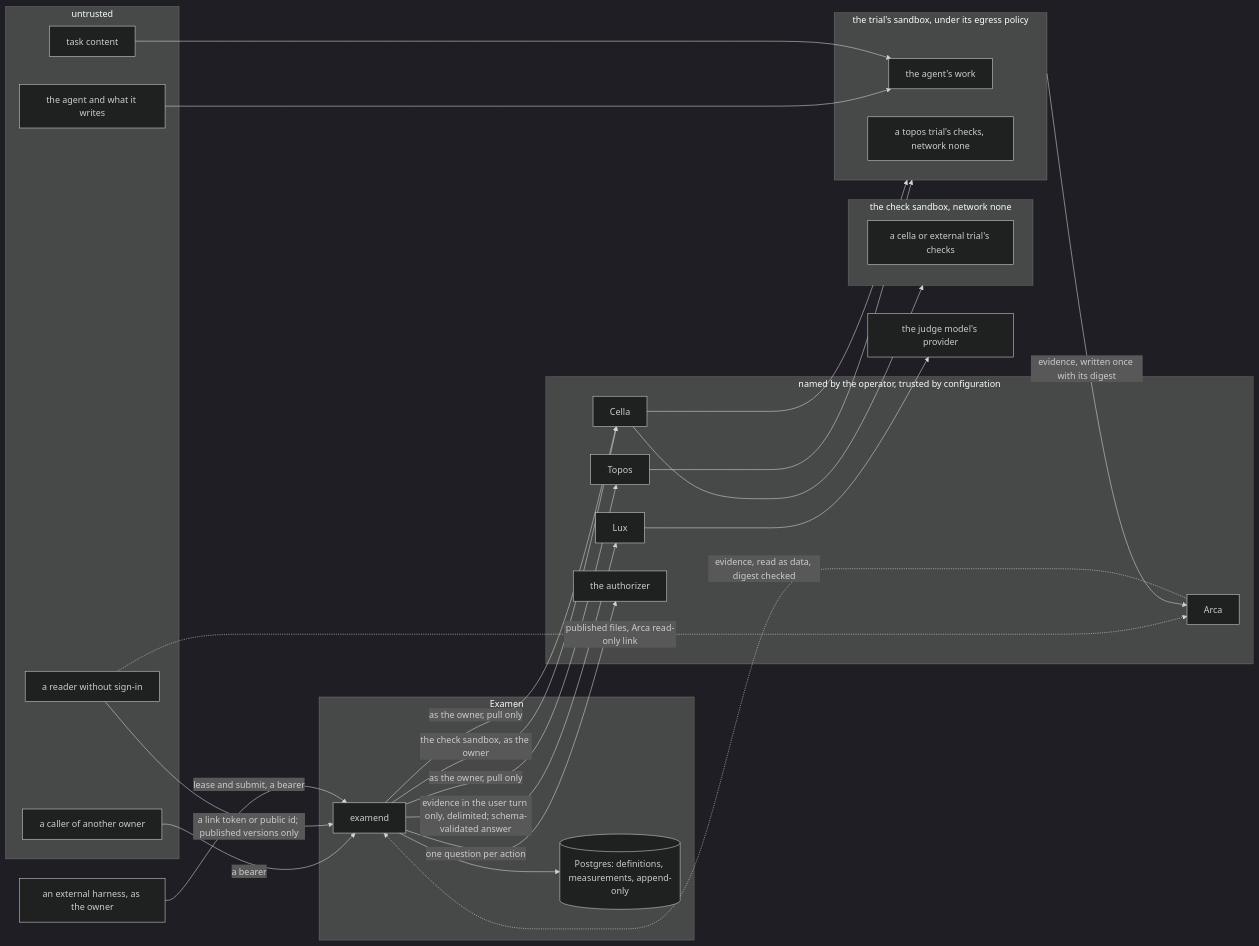
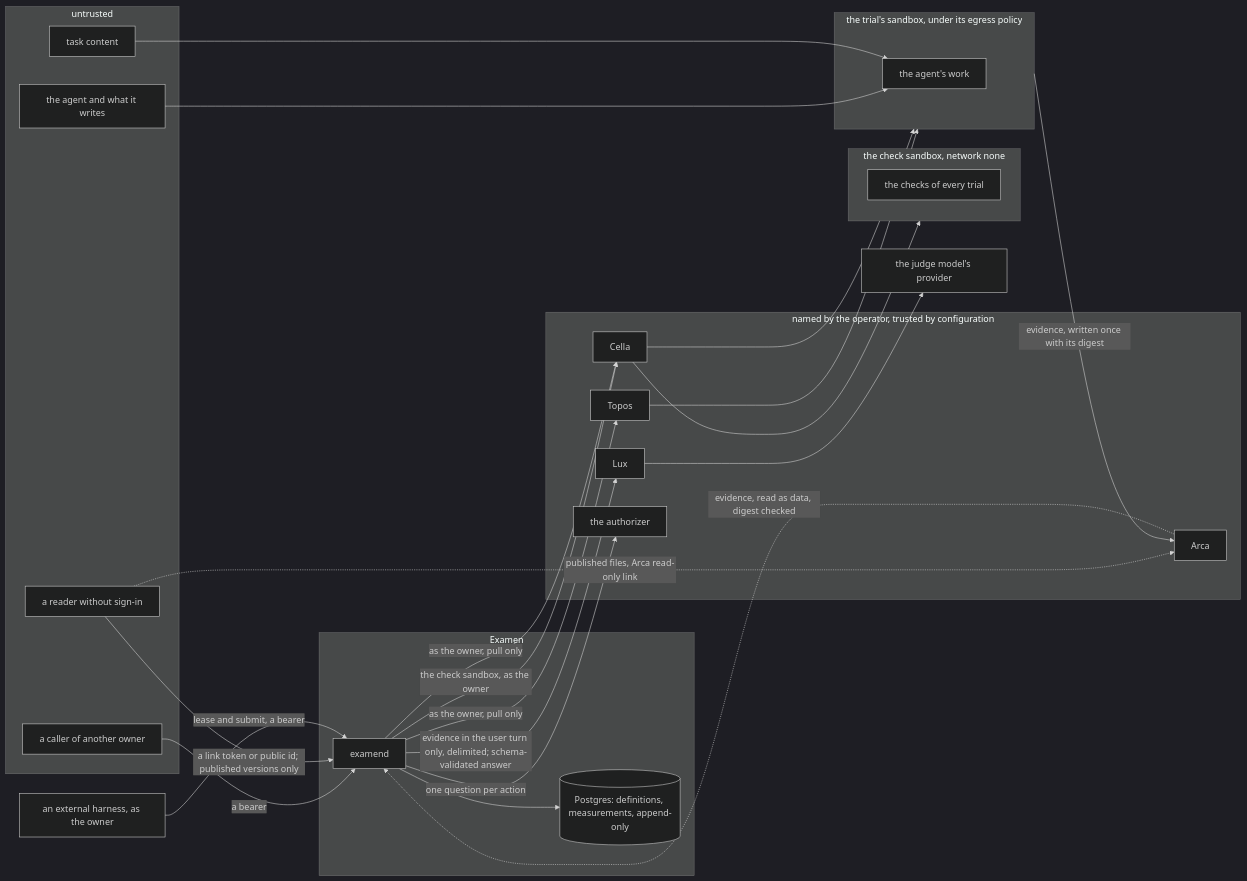
The diagram in specs/012-security-and-threat-model.md (latere-ai/examen), drawn with Mermaid (dark theme) before and after one commit. The commit also changed other lines of this file and 1 other file, not shown here.

````diff
--- a/specs/012-security-and-threat-model.md
+++ b/specs/012-security-and-threat-model.md
@@ -74,47 +74,46 @@
 ```mermaid
 flowchart LR
   subgraph untrusted["untrusted"]
     caller["a caller of another owner"]
     reader["a reader without sign-in"]
     agent["the agent and what it writes"]
     content["task content"]
   end
   subgraph machine["the trial's sandbox, under its egress policy"]
     run["the agent's work"]
-    checks["a topos trial's checks, network none"]
   end
   subgraph checkbox["the check sandbox, network none"]
-    cchecks["a cella or external trial's checks"]
+    cchecks["the checks of every trial"]
   end
   subgraph examen["Examen"]
     examend["examend"]
     pg[("Postgres: definitions, measurements, append-only")]
   end
   subgraph cores["named by the operator, trusted by configuration"]
     topos["Topos"]
     cella["Cella"]
     lux["Lux"]
     arca["Arca"]
     az["the authorizer"]
   end
   provider["the judge model's provider"]
   harness["an external harness, as the owner"]
   caller -->|"a bearer"| examend
   reader -->|"a link token or public id; published versions only"| examend
   reader -. "published files, Arca read-only link" .-> arca
   harness -->|"lease and submit, a bearer"| examend
   examend -->|"the check sandbox, as the owner"| cella
   cella --> checkbox
   examend -->|"one question per action"| az
   examend -->|"as the owner, pull only"| topos
   examend -->|"as the owner, pull only"| cella
   topos --> machine
   cella --> machine
   agent --> run
   content --> run
   machine -->|"evidence, written once with its digest"| arca
   arca -. "evidence, read as data, digest checked" .-> examend
   examend -->|"evidence in the user turn only, delimited; schema-validated answer"| lux
   lux --> provider
   examend --> pg
 ```
````
